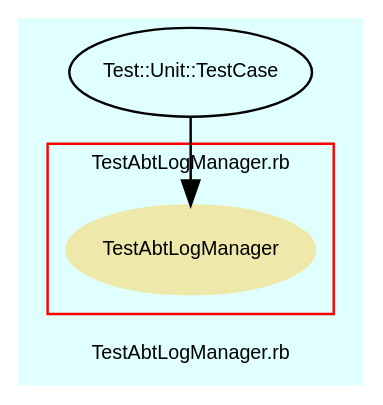
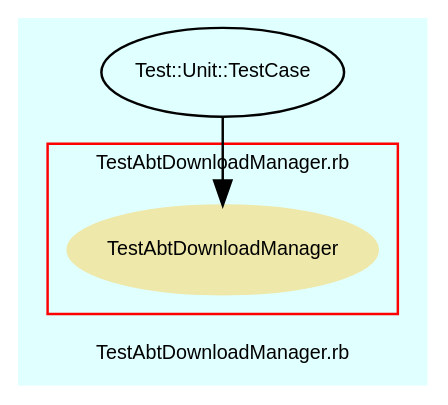
One commit to eschabell/abtlinux changed the diagram in src/trunk/doc/dot/f_10.dot. Above: the diagram before and after it, drawn with Graphviz. The commit also changed 62 other files, not shown here.

```diff
--- a/src/trunk/doc/dot/f_10.dot
+++ b/src/trunk/doc/dot/f_10.dot
@@ -1,37 +1,37 @@
 digraph TopLevel {
     compound = true
     bgcolor = lightcyan1
     fontname = Arial
     fontsize = 8
-    label = "TestAbtLogManager.rb"
+    label = "TestAbtDownloadManager.rb"
     node [
         fontname = Arial,
         fontsize = 8,
         color = black
     ]
 
     subgraph cluster_11 {
         fontname = Arial
         color = red
-        label = "TestAbtLogManager.rb"
-        TestAbtLogManager [
+        label = "TestAbtDownloadManager.rb"
+        TestAbtDownloadManager [
             fontcolor = black,
-            URL = "classes/TestAbtLogManager.html",
+            URL = "classes/TestAbtDownloadManager.html",
             shape = ellipse,
             color = palegoldenrod,
             style = filled,
-            label = "TestAbtLogManager"
+            label = "TestAbtDownloadManager"
         ]
 
     }
 
     Test__Unit__TestCase [
         URL = "classes/Test/Unit/TestCase.html",
         label = "Test::Unit::TestCase"
     ]
 
-    Test__Unit__TestCase -> TestAbtLogManager [
+    Test__Unit__TestCase -> TestAbtDownloadManager [
 
     ]
 
 }
```
